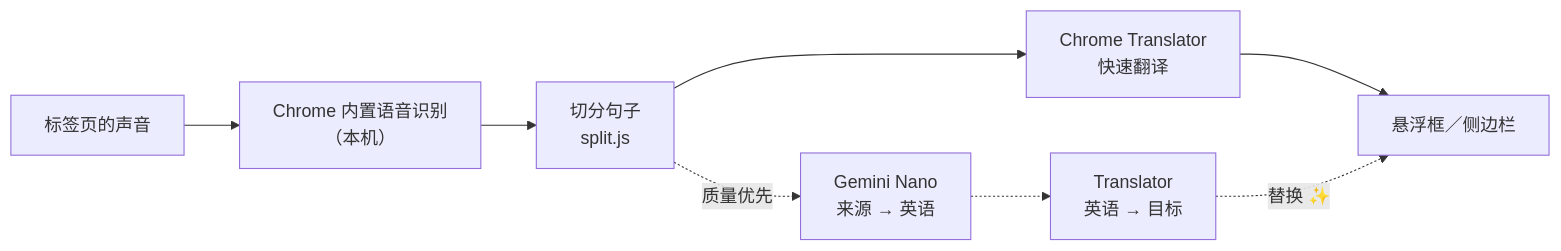
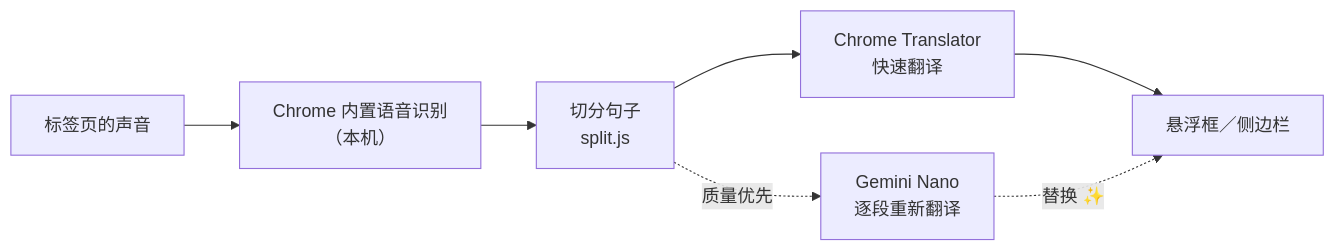
Before and after one commit to Ashur5457/freelivesub: the diagram in README.zh-Hans.md, drawn with Mermaid. The commit also changed other lines of this file and 13 other files, not shown here.

````diff
--- a/README.zh-Hans.md
+++ b/README.zh-Hans.md
@@ -41,10 +41,9 @@
 ```mermaid
 flowchart LR
   TAB["标签页的声音"] --> SR["Chrome 内置语音识别<br/>（本机）"]
   SR --> SPLIT["切分句子<br/>split.js"]
   SPLIT --> TR["Chrome Translator<br/>快速翻译"]
   TR --> SUB["悬浮框／侧边栏"]
-  SPLIT -. 质量优先 .-> NANO["Gemini Nano<br/>来源 → 英语"]
-  NANO -.-> TR2["Translator<br/>英语 → 目标"]
-  TR2 -. 替换 ✨ .-> SUB
+  SPLIT -. 质量优先 .-> NANO["Gemini Nano<br/>逐段重新翻译"]
+  NANO -. 替换 ✨ .-> SUB
 ```
````
